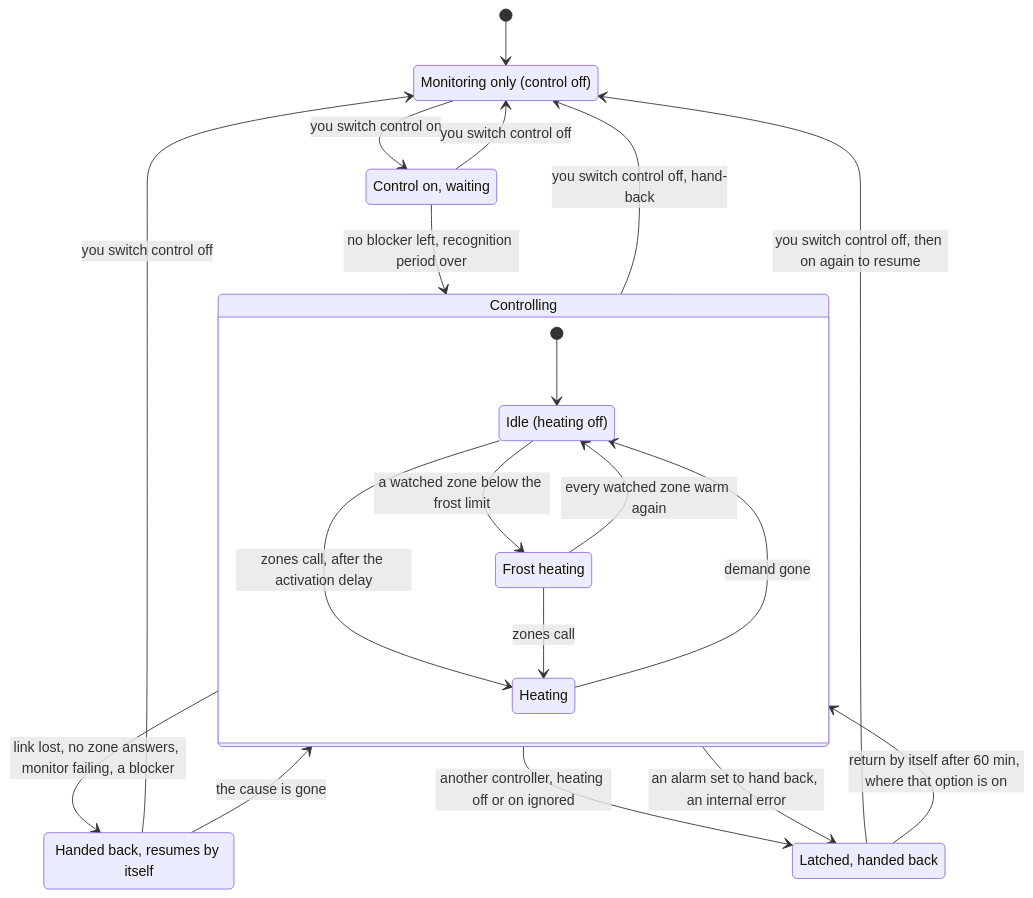
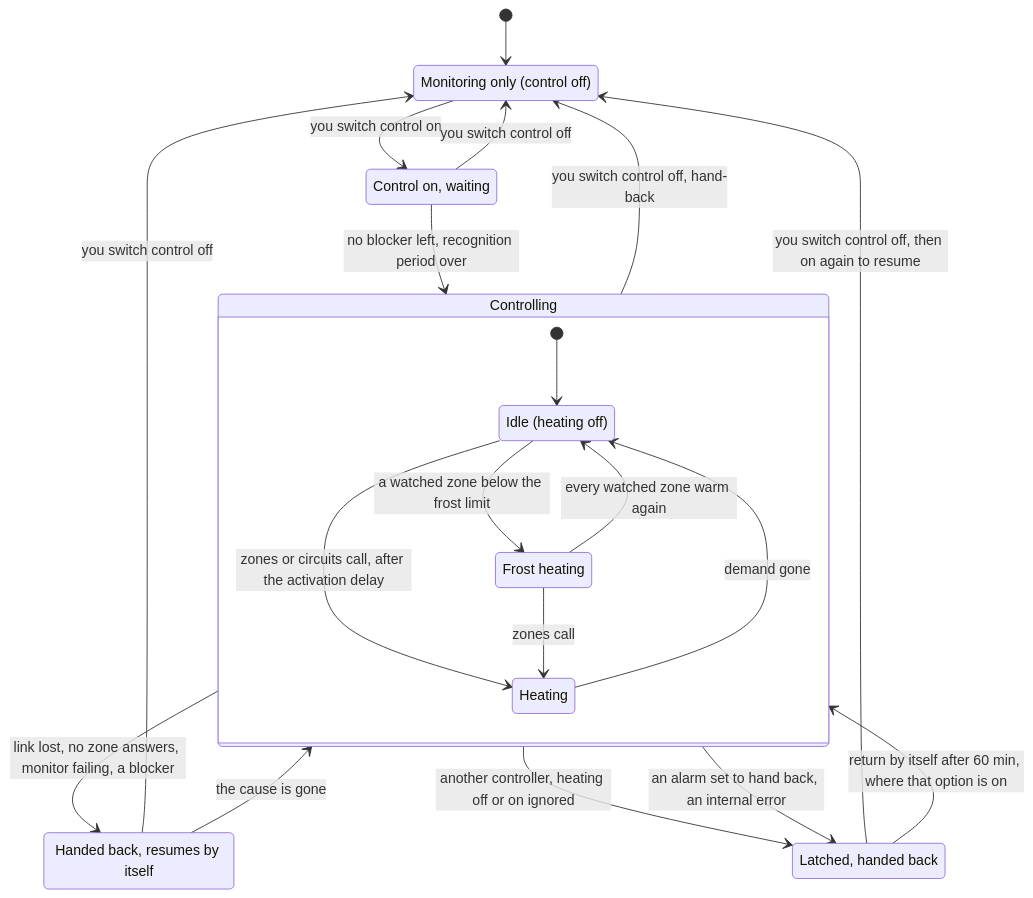
One commit to Shadow-230/vtherm-smart-boiler changed the diagram in documentation/en/user-guide.md. Above: the diagram before and after it, drawn with Mermaid. The commit also changed other lines of this file and 24 other files, not shown here.

````diff
--- a/documentation/en/user-guide.md
+++ b/documentation/en/user-guide.md
@@ -976,33 +995,33 @@
 ```mermaid
 stateDiagram-v2
     state "Monitoring only (control off)" as Monitoring
     state "Control on, waiting" as Waiting
     state "Handed back, resumes by itself" as HandedBack
     state "Latched, handed back" as Latched
 
     [*] --> Monitoring
     Monitoring --> Waiting: you switch control on
     Waiting --> Controlling: no blocker left, recognition period over
 
     state Controlling {
         state "Idle (heating off)" as Idle
         state "Heating" as Heating
         state "Frost heating" as Frost
         [*] --> Idle
-        Idle --> Heating: zones call, after the activation delay
+        Idle --> Heating: zones or circuits call, after the activation delay
         Heating --> Idle: demand gone
         Idle --> Frost: a watched zone below the frost limit
         Frost --> Idle: every watched zone warm again
         Frost --> Heating: zones call
     }
 
     Controlling --> HandedBack: link lost, no zone answers, monitor failing, a blocker
     HandedBack --> Controlling: the cause is gone
     Controlling --> Latched: another controller, heating off or on ignored
     Controlling --> Latched: an alarm set to hand back, an internal error
     Latched --> Controlling: return by itself after 60 min, where that option is on
     Controlling --> Monitoring: you switch control off, hand-back
     HandedBack --> Monitoring: you switch control off
     Latched --> Monitoring: you switch control off, then on again to resume
     Waiting --> Monitoring: you switch control off
 ```
````
